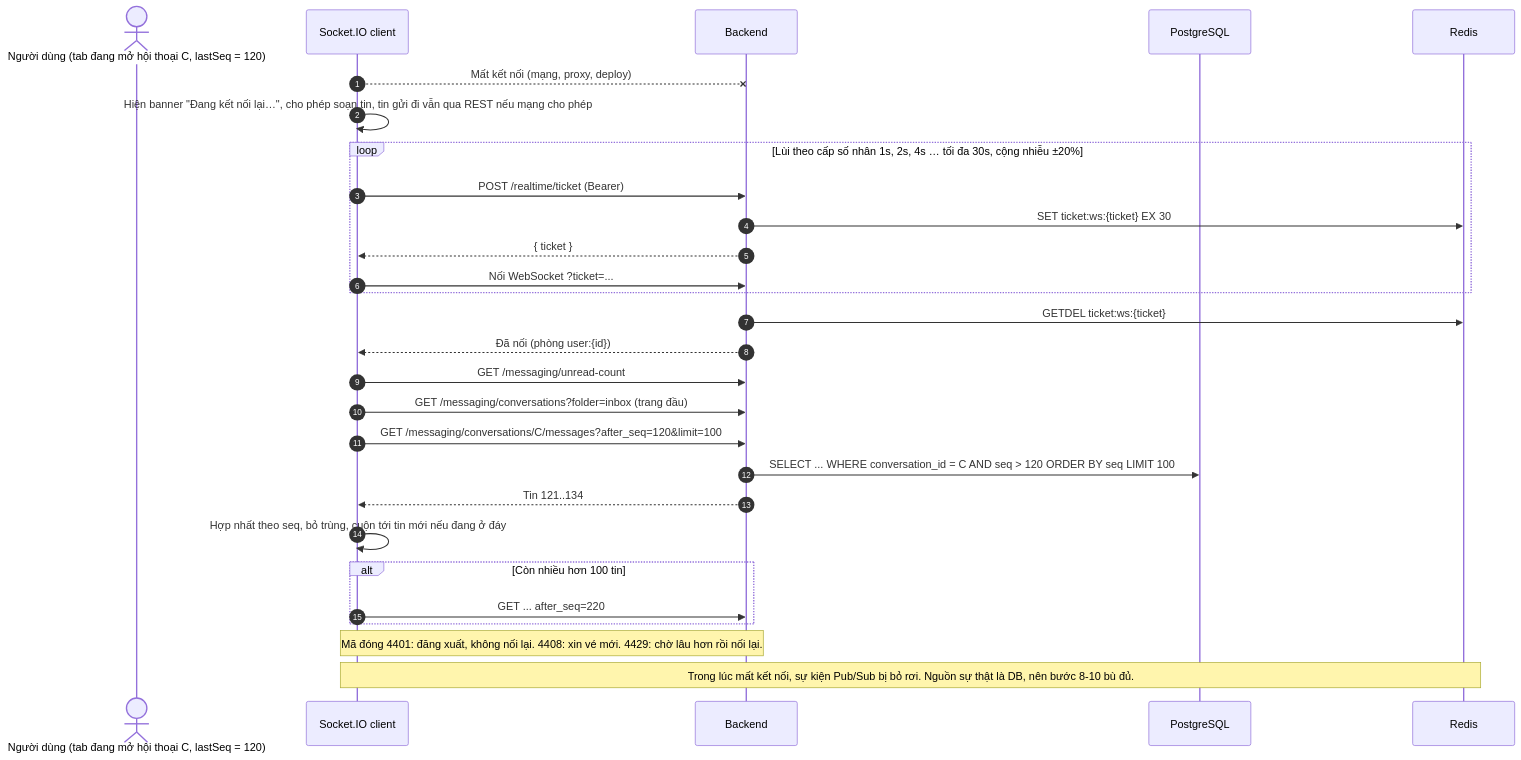
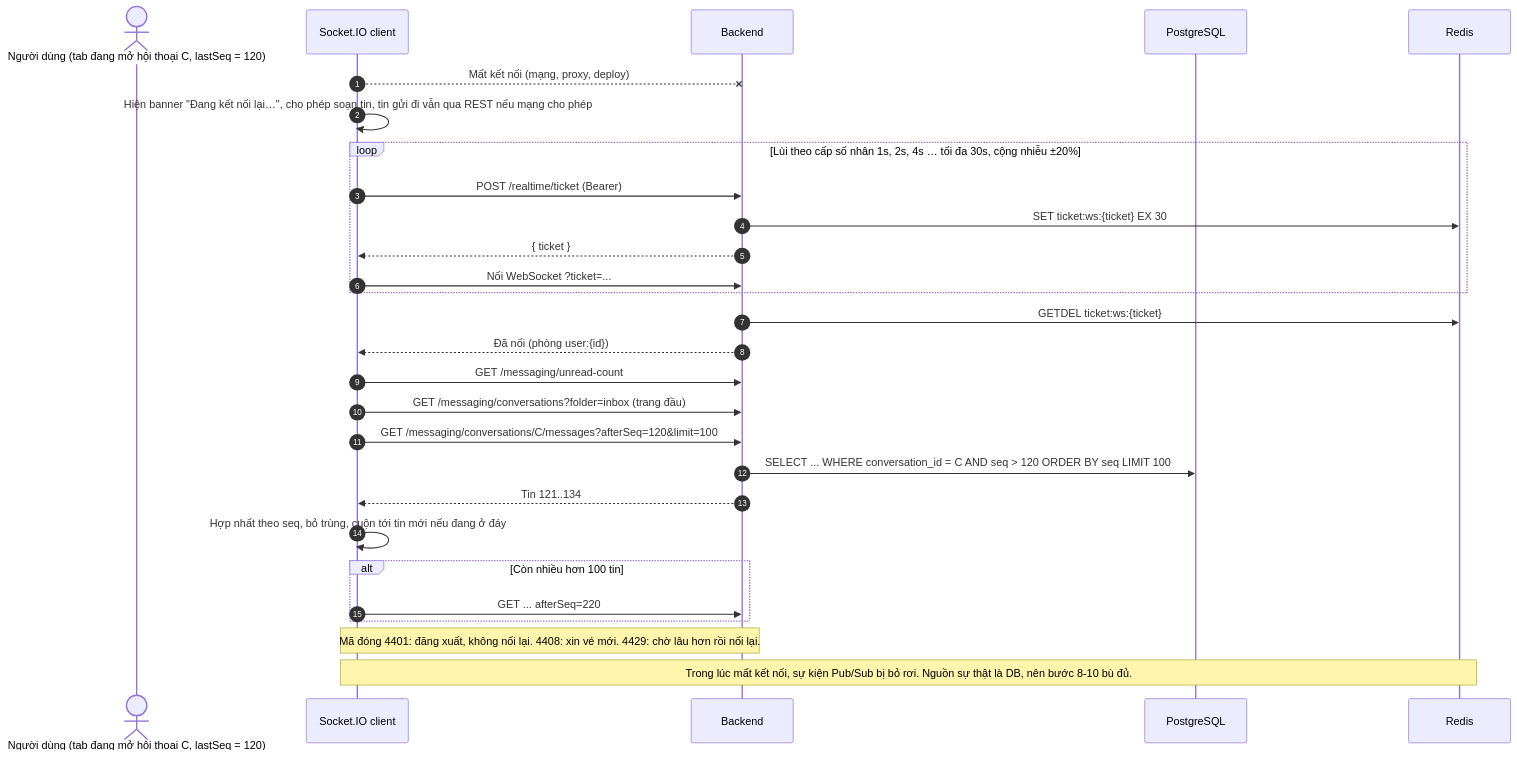
One commit to LoDtus/location-insight changed the diagram in workspace/features/009-messaging/diagrams/sequence-reconnect-sync.mmd. Above: the diagram before and after it, drawn with Mermaid. The commit also changed 9 other files, not shown here.

```diff
--- a/workspace/features/009-messaging/diagrams/sequence-reconnect-sync.mmd
+++ b/workspace/features/009-messaging/diagrams/sequence-reconnect-sync.mmd
@@ -1,30 +1,30 @@
 %% Mất kết nối rồi đồng bộ lại (không dựa vào khôi phục kết nối của Socket.IO)
 sequenceDiagram
     autonumber
     actor U as Người dùng (tab đang mở hội thoại C, lastSeq = 120)
     participant S as Socket.IO client
     participant BE as Backend
     participant DB as PostgreSQL
     participant R as Redis
 
     S--xBE: Mất kết nối (mạng, proxy, deploy)
     S->>S: Hiện banner "Đang kết nối lại…", cho phép soạn tin, tin gửi đi vẫn qua REST nếu mạng cho phép
     loop Lùi theo cấp số nhân 1s, 2s, 4s … tối đa 30s, cộng nhiễu ±20%
         S->>BE: POST /realtime/ticket (Bearer)
         BE->>R: SET ticket:ws:{ticket} EX 30
         BE-->>S: { ticket }
         S->>BE: Nối WebSocket ?ticket=...
     end
     BE->>R: GETDEL ticket:ws:{ticket}
     BE-->>S: Đã nối (phòng user:{id})
     S->>BE: GET /messaging/unread-count
     S->>BE: GET /messaging/conversations?folder=inbox (trang đầu)
-    S->>BE: GET /messaging/conversations/C/messages?after_seq=120&limit=100
+    S->>BE: GET /messaging/conversations/C/messages?afterSeq=120&limit=100
     BE->>DB: SELECT ... WHERE conversation_id = C AND seq > 120 ORDER BY seq LIMIT 100
     BE-->>S: Tin 121..134
     S->>S: Hợp nhất theo seq, bỏ trùng, cuộn tới tin mới nếu đang ở đáy
     alt Còn nhiều hơn 100 tin
-        S->>BE: GET ... after_seq=220
+        S->>BE: GET ... afterSeq=220
     end
     Note over S,BE: Mã đóng 4401: đăng xuất, không nối lại. 4408: xin vé mới. 4429: chờ lâu hơn rồi nối lại.
     Note over S,R: Trong lúc mất kết nối, sự kiện Pub/Sub bị bỏ rơi. Nguồn sự thật là DB, nên bước 8-10 bù đủ.
```
